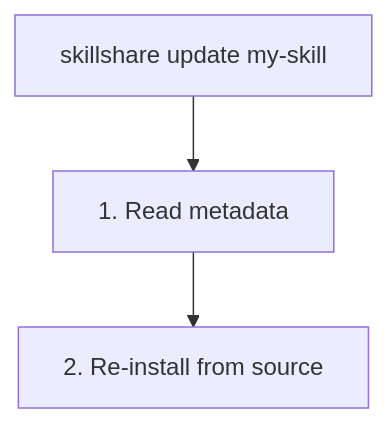
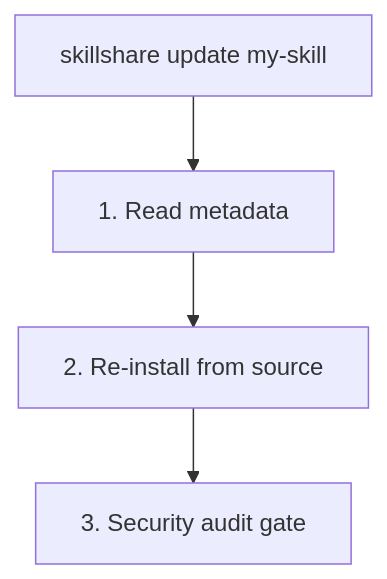
The second of 2 diagrams in website/docs/commands/update.md (runkids/skillshare), drawn with Mermaid before and after one commit. The commit also changed other lines of this file and 1 other file, not shown here.

First line of the commit message:
docs: update audit and update command docs for supply-chain security features

````diff
--- a/website/docs/commands/update.md
+++ b/website/docs/commands/update.md
@@ -40,7 +45,8 @@
 ```mermaid
 flowchart TD
     TITLE["skillshare update my-skill"]
     S1["1. Read metadata"]
     S2["2. Re-install from source"]
-    TITLE --> S1 --> S2
+    S3["3. Security audit gate"]
+    TITLE --> S1 --> S2 --> S3
 ```
````
